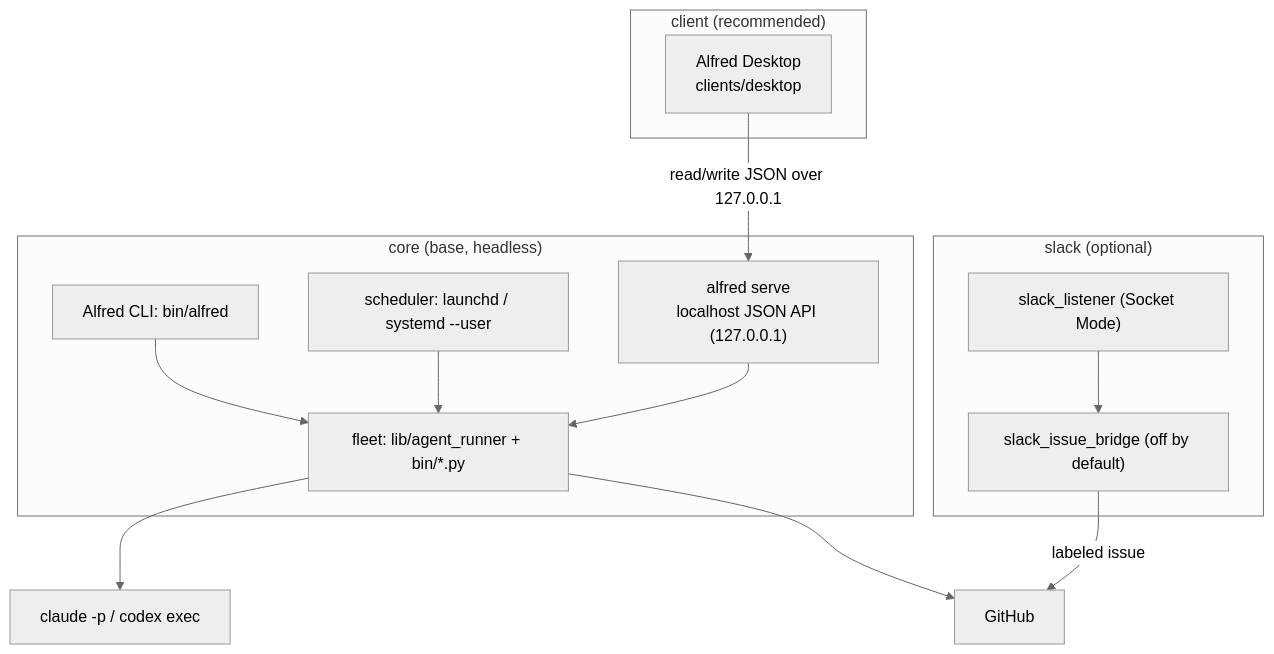
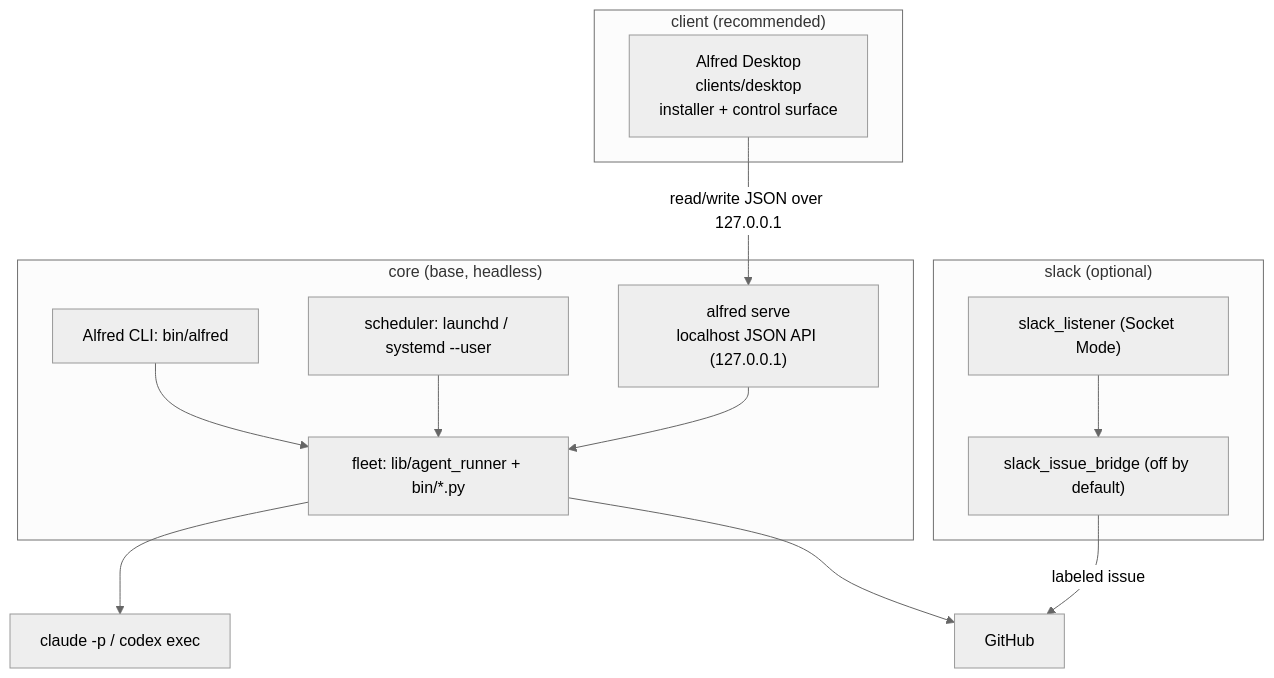
One commit to luminik-io/alfred-os changed the diagram in site/src/content/docs/concepts/layered-install.md. Above: the diagram before and after it, drawn with Mermaid (neutral theme). The commit also changed other lines of this file and 35 other files, not shown here.

First line of the commit message:
Desktop installs bundled Alfred runtime

````diff
--- a/site/src/content/docs/concepts/layered-install.md
+++ b/site/src/content/docs/concepts/layered-install.md
@@ -11,30 +11,30 @@
 ```mermaid
 flowchart TB
     subgraph core["core (base, headless)"]
         fleet["fleet: lib/agent_runner + bin/*.py"]
         cli["Alfred CLI: bin/alfred"]
         sched["scheduler: launchd / systemd --user"]
         serve["alfred serve<br/>localhost JSON API (127.0.0.1)"]
     end
 
     subgraph client["client (recommended)"]
-        desktop["Alfred Desktop<br/>clients/desktop"]
+        desktop["Alfred Desktop<br/>clients/desktop<br/>installer + control surface"]
     end
 
     subgraph slack["slack (optional)"]
         listener["slack_listener (Socket Mode)"]
         bridge["slack_issue_bridge (off by default)"]
     end
 
     gh["GitHub"]
     engines["claude -p / codex exec"]
 
     fleet --> engines
     fleet --> gh
     cli --> fleet
     sched --> fleet
     serve --> fleet
     desktop -->|read/write JSON over 127.0.0.1| serve
     listener --> bridge
     bridge -->|labeled issue| gh
 ```
````
